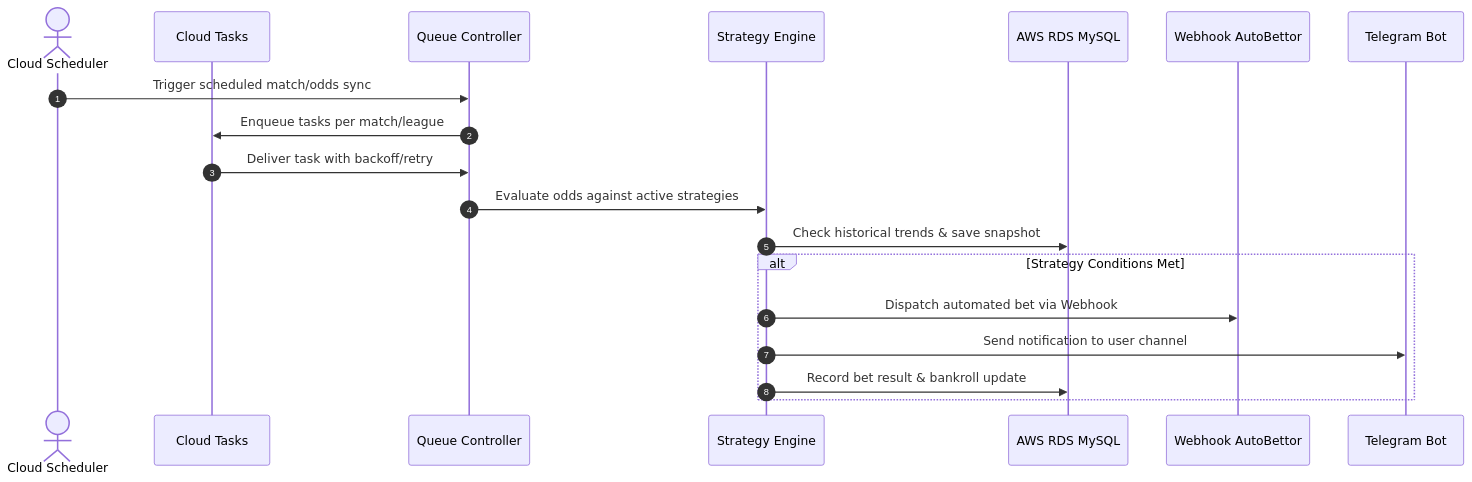
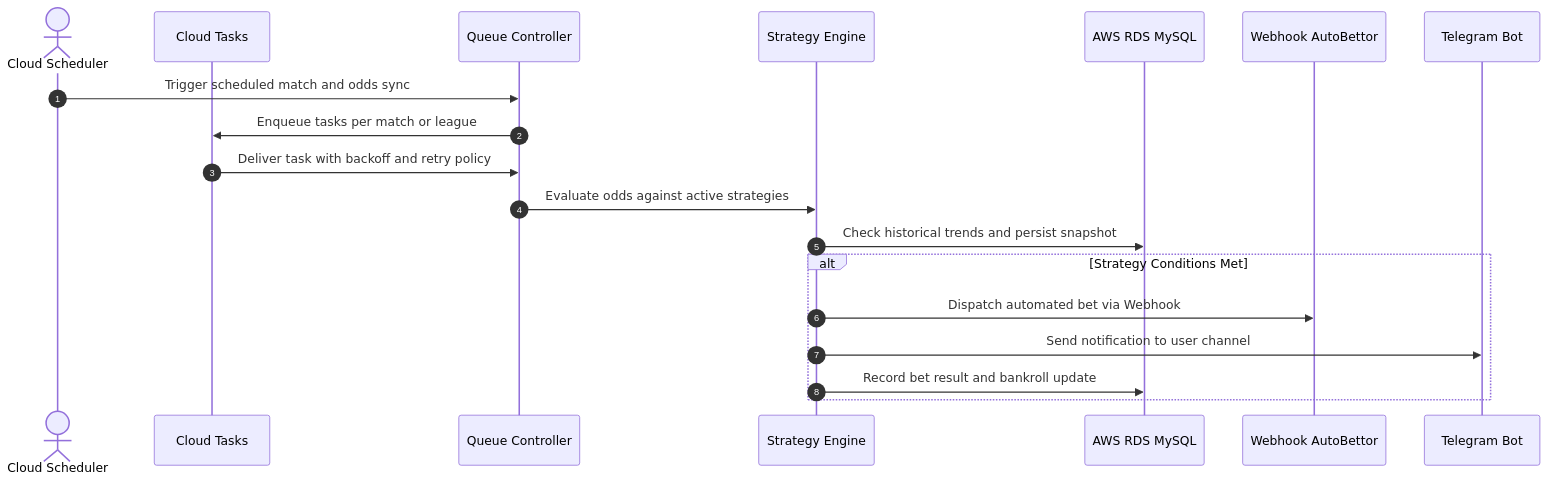
The second of 2 diagrams in README.md (tiagoornelas/stake-metrics), drawn with Mermaid before and after one commit. The commit also changed other lines of this file and 1 other file, not shown here.

Commit message:
docs: add project context, non-commercial license, and architecture

````diff
--- a/README.md
+++ b/README.md
@@ -62,22 +85,22 @@
 ```mermaid
 sequenceDiagram
     autonumber
     actor Cron as Cloud Scheduler
     participant Queue as Cloud Tasks
     participant API as Queue Controller
     participant Engine as Strategy Engine
     participant DB as AWS RDS MySQL
     participant Partner as Webhook AutoBettor
     participant User as Telegram Bot
 
-    Cron->>API: Trigger scheduled match/odds sync
-    API->>Queue: Enqueue tasks per match/league
-    Queue->>API: Deliver task with backoff/retry
+    Cron->>API: Trigger scheduled match and odds sync
+    API->>Queue: Enqueue tasks per match or league
+    Queue->>API: Deliver task with backoff and retry policy
     API->>Engine: Evaluate odds against active strategies
-    Engine->>DB: Check historical trends & save snapshot
+    Engine->>DB: Check historical trends and persist snapshot
     alt Strategy Conditions Met
         Engine->>Partner: Dispatch automated bet via Webhook
         Engine->>User: Send notification to user channel
-        Engine->>DB: Record bet result & bankroll update
+        Engine->>DB: Record bet result and bankroll update
     end
 ```
````
